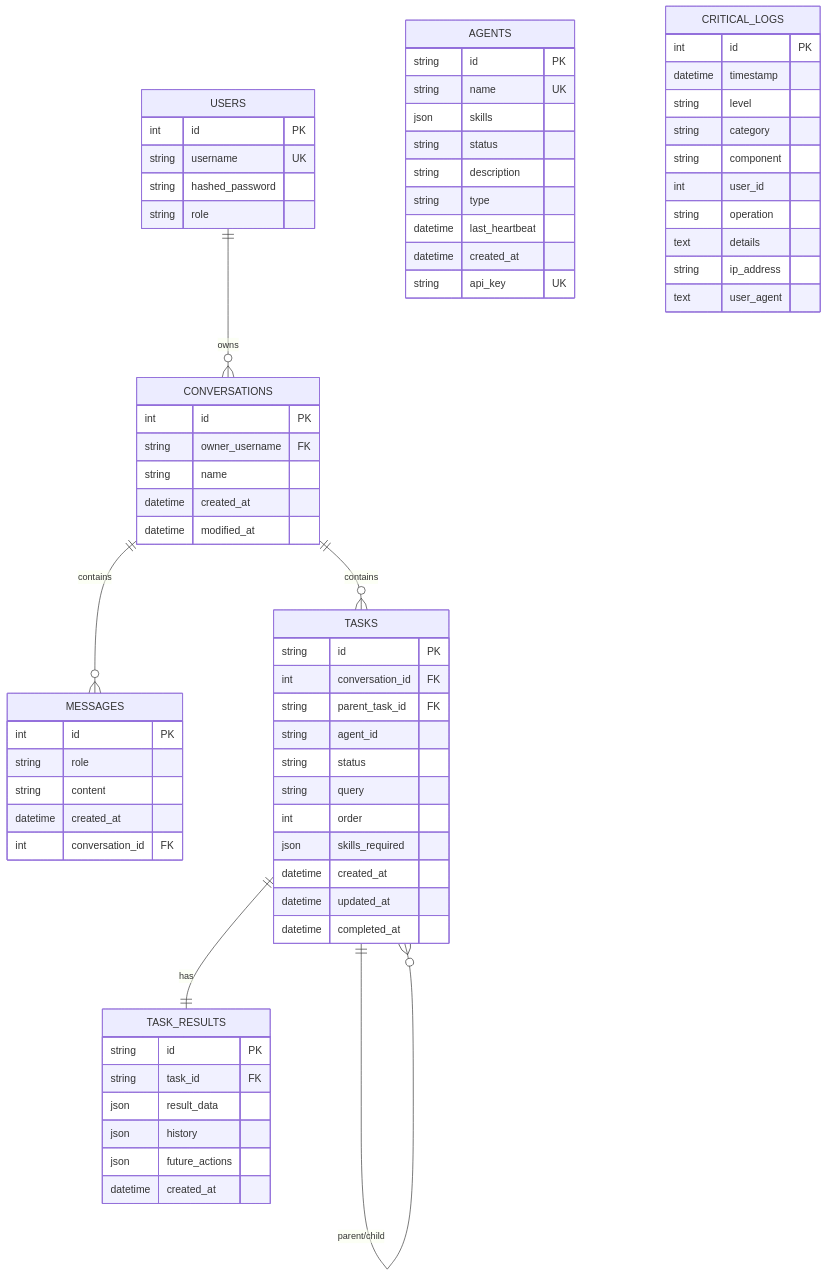
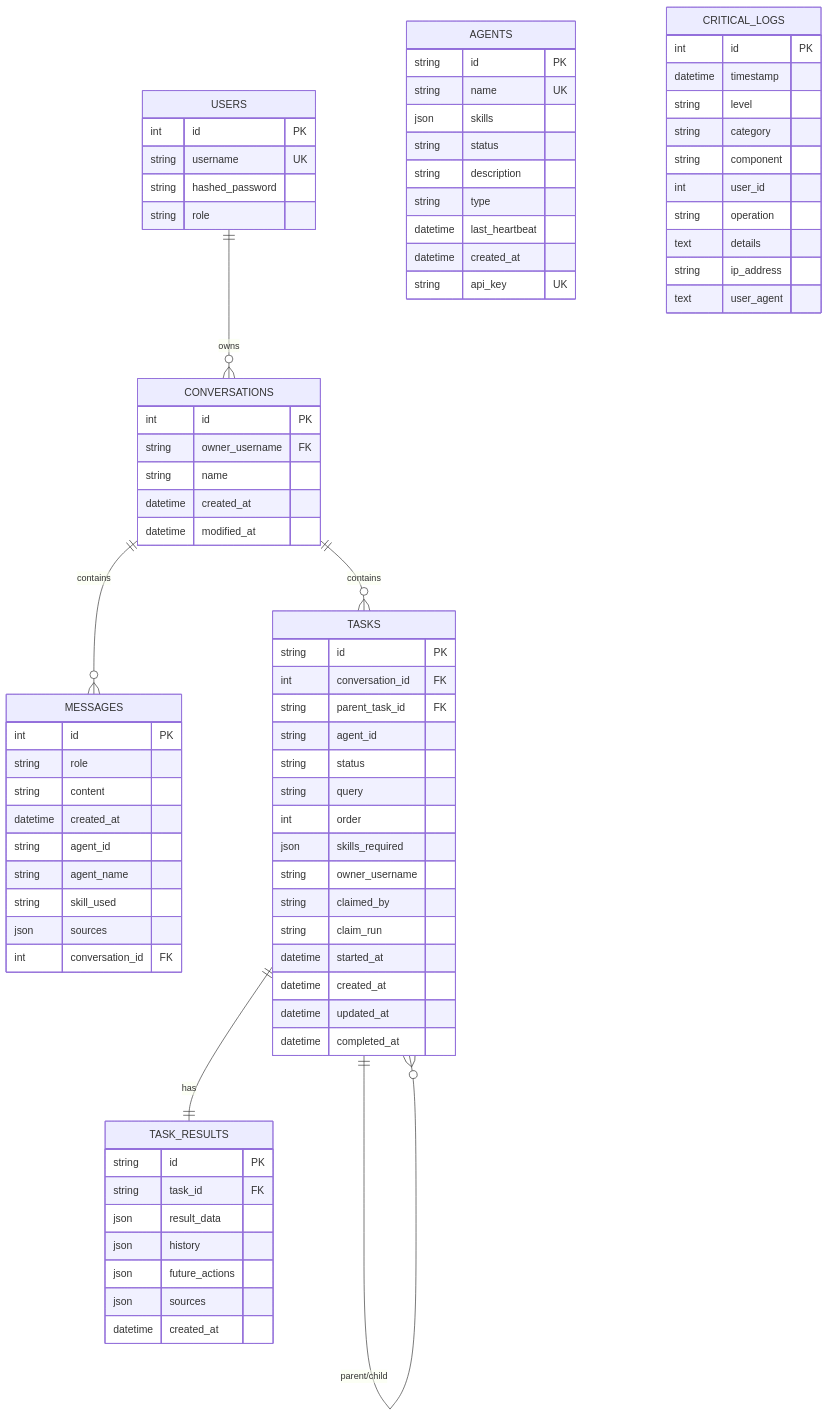
The seventh of 7 diagrams in docs/architecture.md (Horus-EIP/horus), drawn with Mermaid before and after one commit. The commit also changed other lines of this file and 5 other files, not shown here.

First line of the commit message:
[#] FU3 Docs: API reference, architecture and service READMEs after B-92 to B-99

```diff
--- a/docs/architecture.md
+++ b/docs/architecture.md
@@ -1096,6 +1144,10 @@
         string role
         string content
         datetime created_at
+        string agent_id
+        string agent_name
+        string skill_used
+        json sources
         int conversation_id FK
     }
 
@@ -1120,6 +1172,10 @@
         string query
         int order
         json skills_required
+        string owner_username
+        string claimed_by
+        string claim_run
+        datetime started_at
         datetime created_at
         datetime updated_at
         datetime completed_at
@@ -1131,6 +1187,7 @@
         json result_data
         json history
         json future_actions
+        json sources
         datetime created_at
     }
 
```
